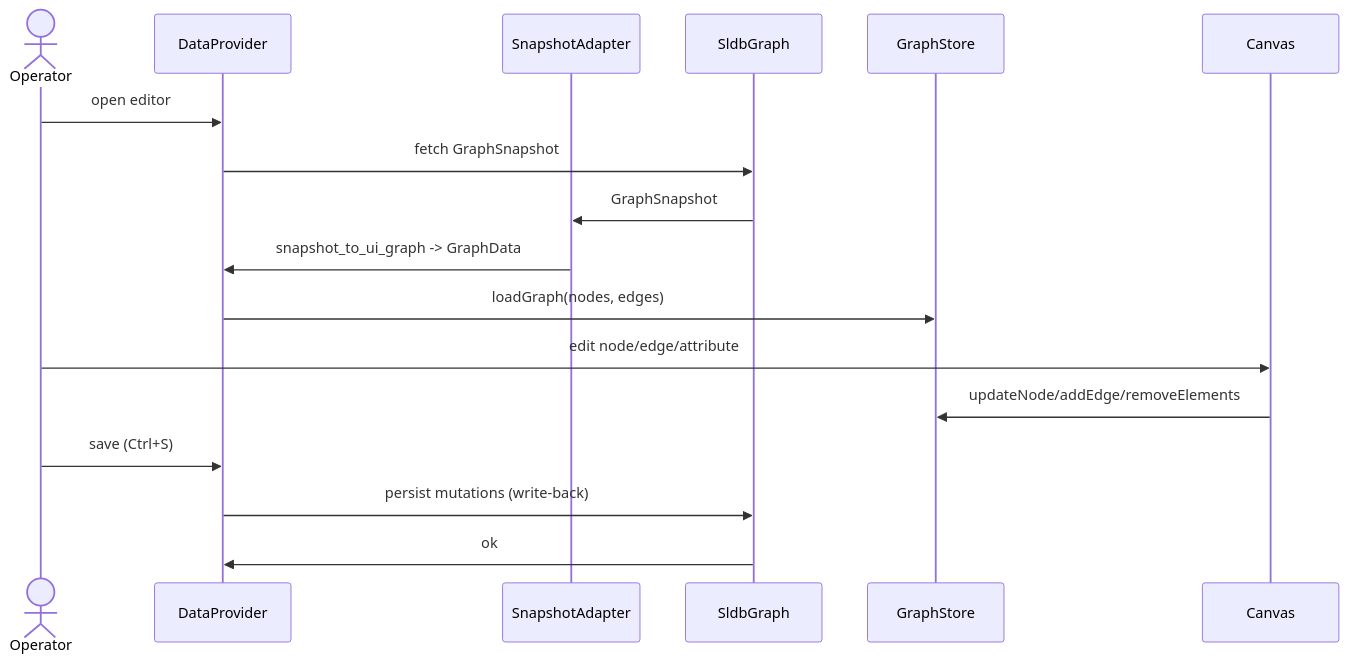
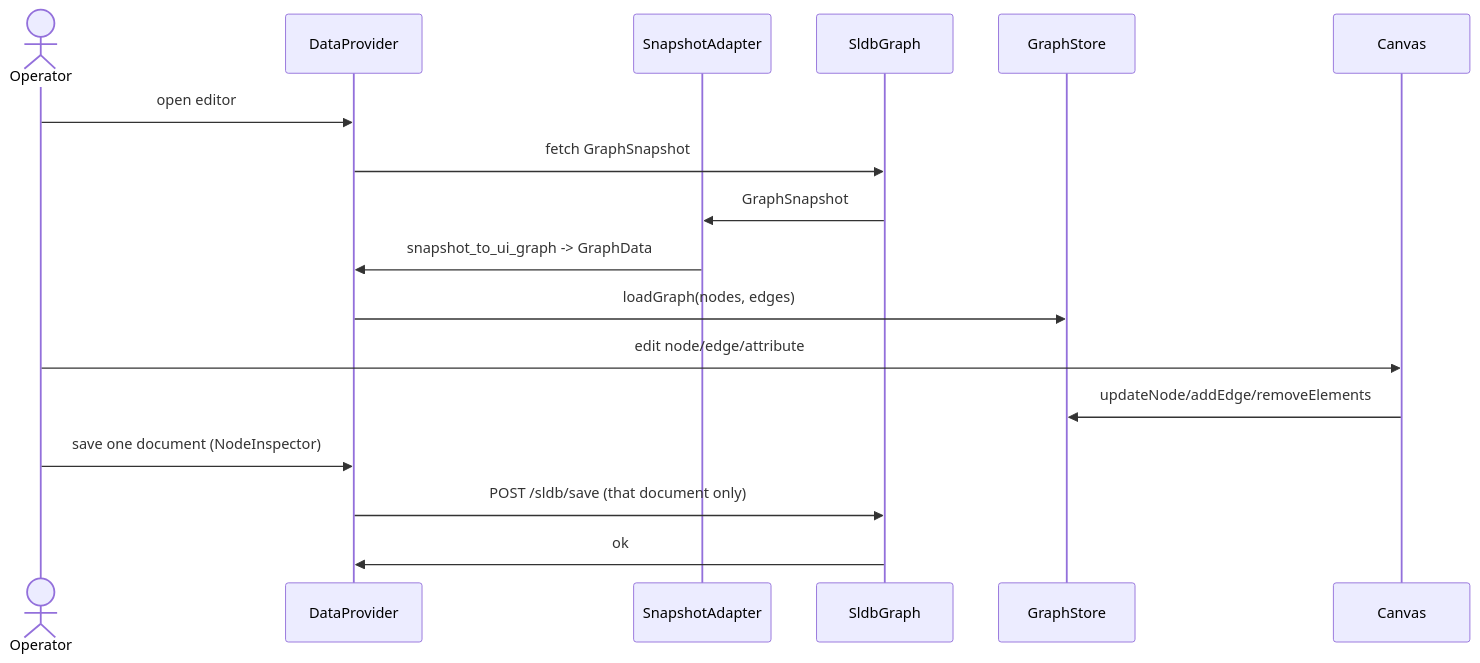
The diagram in docs/diagrams/sequence.data-load-target.mmd (jpcosec/graph_ui), drawn with Mermaid before and after one commit. The commit also changed 10 other files, not shown here.

```diff
--- a/docs/diagrams/sequence.data-load-target.mmd
+++ b/docs/diagrams/sequence.data-load-target.mmd
@@ -1,17 +1,18 @@
+%% spec2viz: generated from docs/specs/sequence.data-load-target.yml; do not edit, run `spec2viz diagram validate docs/specs/sequence.data-load-target.yml` and re-render
 sequenceDiagram
     actor Operator
     participant DataProvider
     participant SnapshotAdapter
     participant SldbGraph
     participant GraphStore
     participant Canvas
     Operator->>DataProvider: open editor
     DataProvider->>SldbGraph: fetch GraphSnapshot
     SldbGraph->>SnapshotAdapter: GraphSnapshot
     SnapshotAdapter->>DataProvider: snapshot_to_ui_graph -#gt; GraphData
     DataProvider->>GraphStore: loadGraph(nodes, edges)
     Operator->>Canvas: edit node/edge/attribute
     Canvas->>GraphStore: updateNode/addEdge/removeElements
-    Operator->>DataProvider: save (Ctrl+S)
-    DataProvider->>SldbGraph: persist mutations (write-back)
+    Operator->>DataProvider: save one document (NodeInspector)
+    DataProvider->>SldbGraph: POST /sldb/save (that document only)
     SldbGraph->>DataProvider: ok
```
